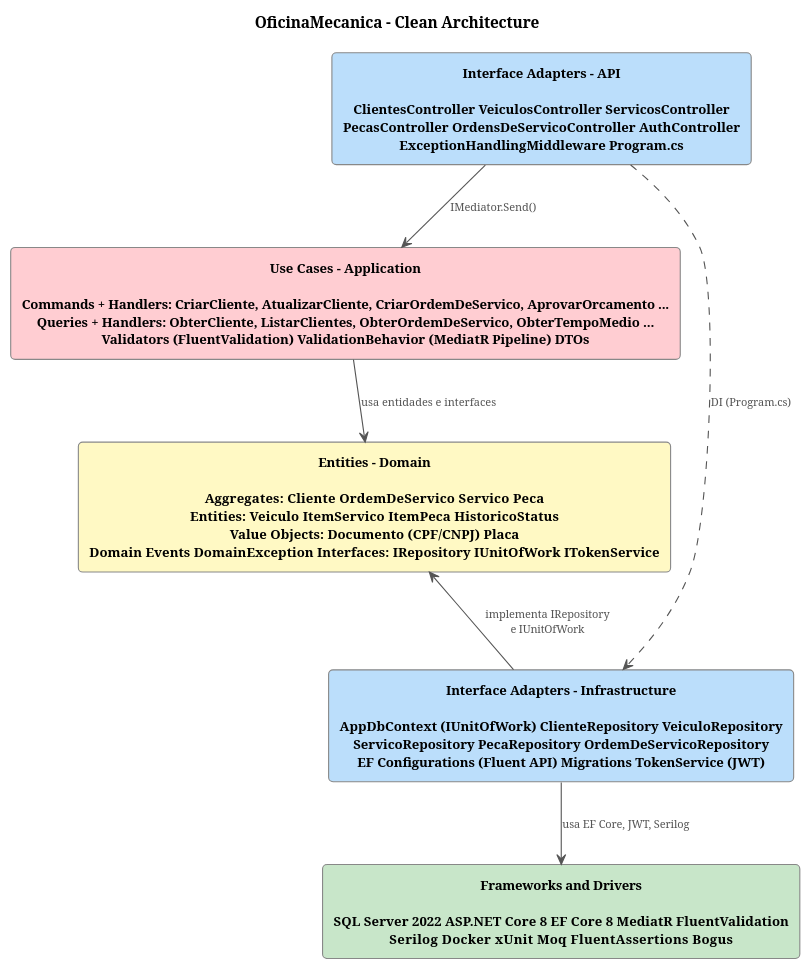
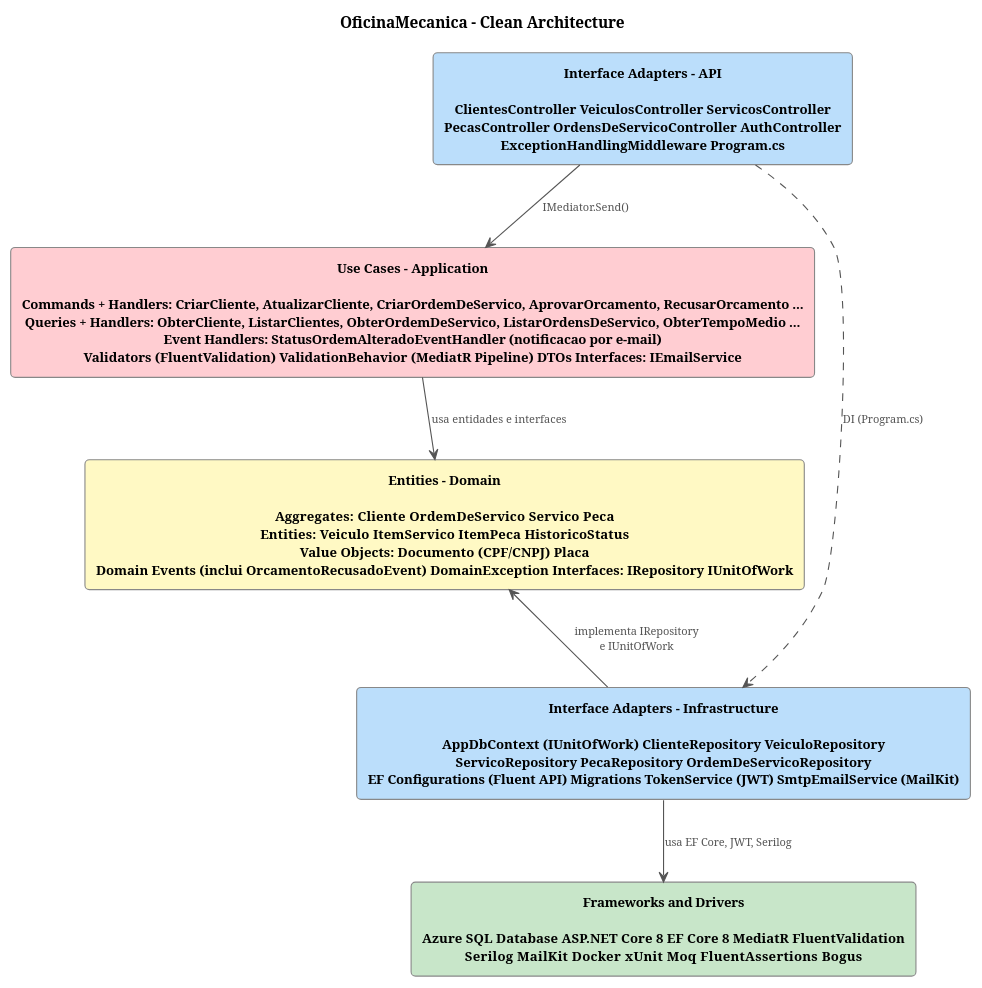
The diagram in docs/clean-architecture.puml (willianrmattos/OficinaMecanica), drawn with PlantUML before and after one commit. The commit also changed 39 other files, not shown here.

```diff
--- a/docs/clean-architecture.puml
+++ b/docs/clean-architecture.puml
@@ -1,36 +1,36 @@
 @startuml clean-architecture
 title OficinaMecanica - Clean Architecture
 
 skinparam defaultFontName Arial
 skinparam defaultFontSize 11
 skinparam defaultTextAlignment center
 
 skinparam rectangle {
     RoundCorner     8
     BorderColor     #888888
     BorderThickness 1
     FontSize        12
     FontStyle       bold
 }
 
 skinparam ArrowColor     #555555
 skinparam ArrowFontColor #555555
 skinparam ArrowFontSize  10
 
 rectangle "Interface Adapters - API\n\nClientesController  VeiculosController  ServicosController\nPecasController  OrdensDeServicoController  AuthController\nExceptionHandlingMiddleware  Program.cs" as api #BBDEFB
 
-rectangle "Use Cases - Application\n\nCommands + Handlers: CriarCliente, AtualizarCliente, CriarOrdemDeServico, AprovarOrcamento ...\nQueries + Handlers: ObterCliente, ListarClientes, ObterOrdemDeServico, ObterTempoMedio ...\nValidators (FluentValidation)  ValidationBehavior (MediatR Pipeline)  DTOs" as app #FFCDD2
+rectangle "Use Cases - Application\n\nCommands + Handlers: CriarCliente, AtualizarCliente, CriarOrdemDeServico, AprovarOrcamento, RecusarOrcamento ...\nQueries + Handlers: ObterCliente, ListarClientes, ObterOrdemDeServico, ListarOrdensDeServico, ObterTempoMedio ...\nEvent Handlers: StatusOrdemAlteradoEventHandler (notificacao por e-mail)\nValidators (FluentValidation)  ValidationBehavior (MediatR Pipeline)  DTOs  Interfaces: IEmailService" as app #FFCDD2
 
-rectangle "Entities - Domain\n\nAggregates: Cliente  OrdemDeServico  Servico  Peca\nEntities: Veiculo  ItemServico  ItemPeca  HistoricoStatus\nValue Objects: Documento (CPF/CNPJ)  Placa\nDomain Events  DomainException  Interfaces: IRepository  IUnitOfWork  ITokenService" as dom #FFF9C4
+rectangle "Entities - Domain\n\nAggregates: Cliente  OrdemDeServico  Servico  Peca\nEntities: Veiculo  ItemServico  ItemPeca  HistoricoStatus\nValue Objects: Documento (CPF/CNPJ)  Placa\nDomain Events (inclui OrcamentoRecusadoEvent)  DomainException  Interfaces: IRepository  IUnitOfWork" as dom #FFF9C4
 
-rectangle "Interface Adapters - Infrastructure\n\nAppDbContext (IUnitOfWork)  ClienteRepository  VeiculoRepository\nServicoRepository  PecaRepository  OrdemDeServicoRepository\nEF Configurations (Fluent API)  Migrations  TokenService (JWT)" as infra #BBDEFB
+rectangle "Interface Adapters - Infrastructure\n\nAppDbContext (IUnitOfWork)  ClienteRepository  VeiculoRepository\nServicoRepository  PecaRepository  OrdemDeServicoRepository\nEF Configurations (Fluent API)  Migrations  TokenService (JWT)  SmtpEmailService (MailKit)" as infra #BBDEFB
 
-rectangle "Frameworks and Drivers\n\nSQL Server 2022  ASP.NET Core 8  EF Core 8  MediatR  FluentValidation\nSerilog  Docker  xUnit  Moq  FluentAssertions  Bogus" as fw #C8E6C9
+rectangle "Frameworks and Drivers\n\nAzure SQL Database  ASP.NET Core 8  EF Core 8  MediatR  FluentValidation\nSerilog  MailKit  Docker  xUnit  Moq  FluentAssertions  Bogus" as fw #C8E6C9
 
 api   -down->   app   : IMediator.Send()
 api   ..>         infra : DI (Program.cs)
 app   -down->   dom   : usa entidades e interfaces
 infra -up->     dom   : implementa IRepository\ne IUnitOfWork
 infra -down->   fw    : usa EF Core, JWT, Serilog
 
 @enduml
```
